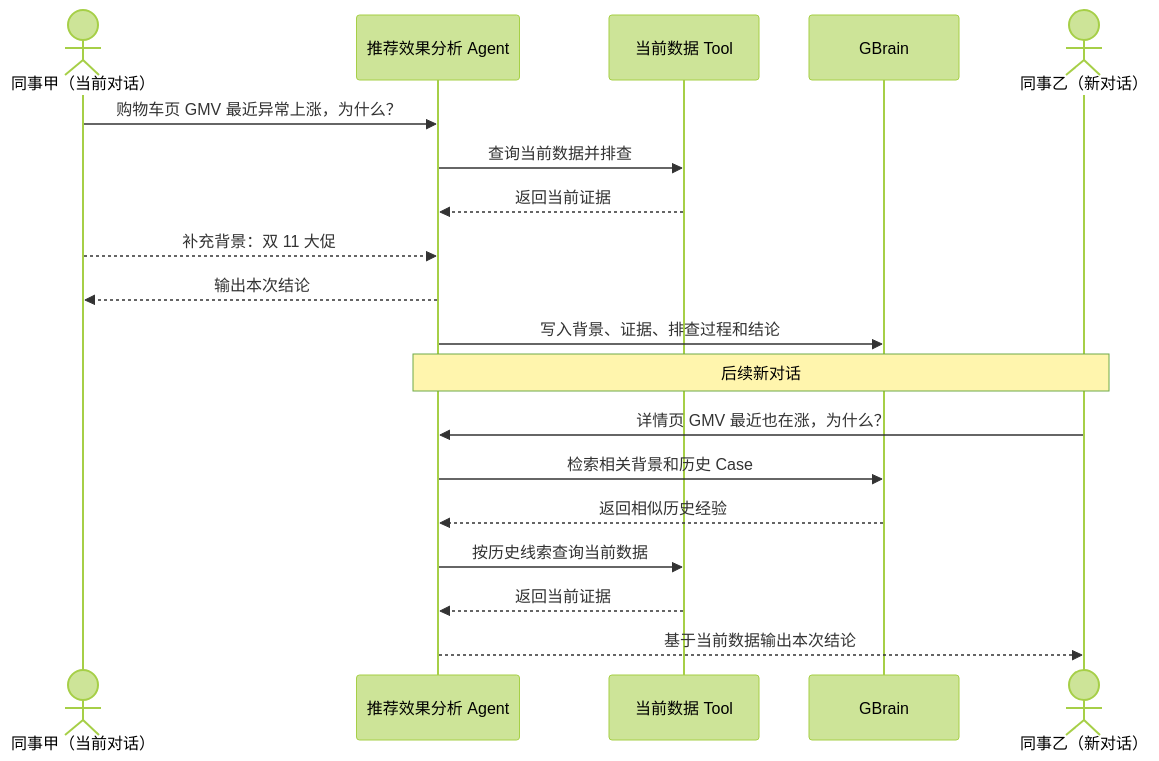
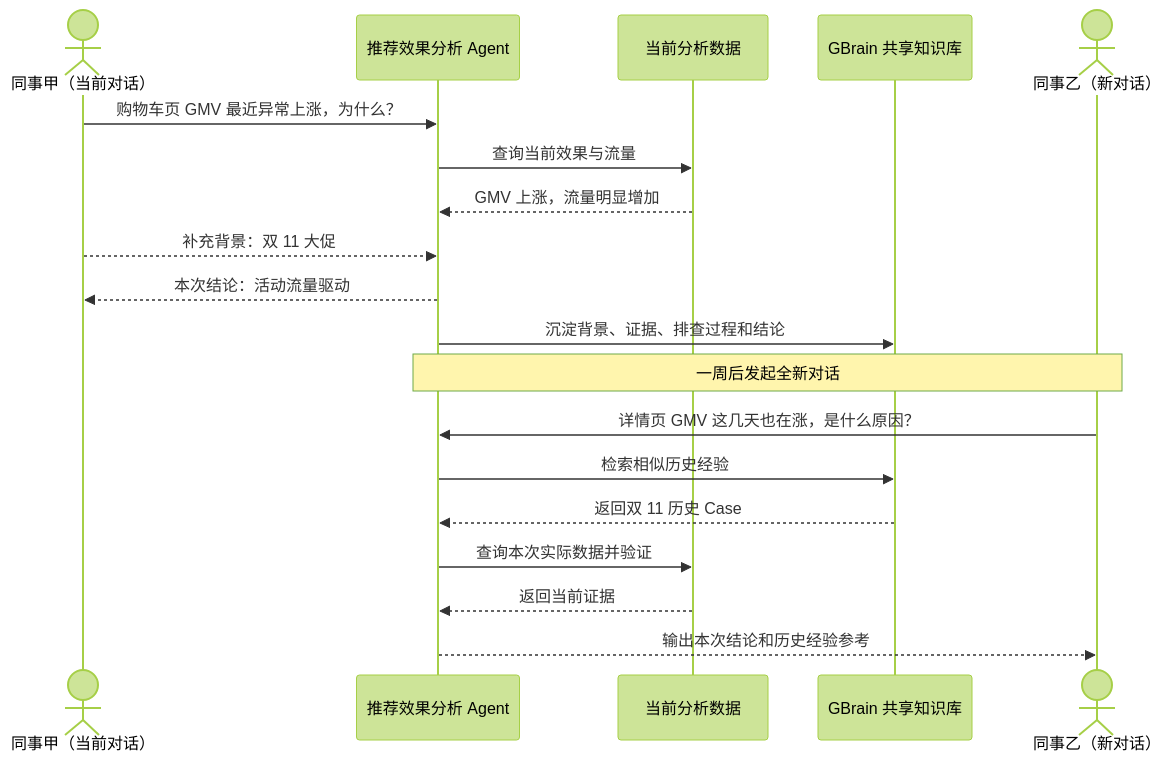
One commit to sgfd-ui/internship changed the first of 3 diagrams in weekly-report/gbrain-dify-shared-knowledge.md. Above: the diagram before and after it, drawn with Mermaid (forest theme). The commit also changed other lines of this file, not shown here.

````diff
--- a/weekly-report/gbrain-dify-shared-knowledge.md
+++ b/weekly-report/gbrain-dify-shared-knowledge.md
@@ -154,24 +16,24 @@
 ```mermaid
 sequenceDiagram
     actor A as 同事甲（当前对话）
     participant Agent as 推荐效果分析 Agent
-    participant Data as 当前数据 Tool
-    participant Brain as GBrain
+    participant Data as 当前分析数据
+    participant Brain as GBrain 共享知识库
     actor B as 同事乙（新对话）
 
     A->>Agent: 购物车页 GMV 最近异常上涨，为什么？
-    Agent->>Data: 查询当前数据并排查
+    Agent->>Data: 查询当前效果与流量
+    Data-->>Agent: GMV 上涨，流量明显增加
+    A-->>Agent: 补充背景：双 11 大促
+    Agent-->>A: 本次结论：活动流量驱动
+    Agent->>Brain: 沉淀背景、证据、排查过程和结论
+
+    Note over B,Agent: 一周后发起全新对话
+
+    B->>Agent: 详情页 GMV 这几天也在涨，是什么原因？
+    Agent->>Brain: 检索相似历史经验
+    Brain-->>Agent: 返回双 11 历史 Case
+    Agent->>Data: 查询本次实际数据并验证
     Data-->>Agent: 返回当前证据
-    A-->>Agent: 补充背景：双 11 大促
-    Agent-->>A: 输出本次结论
-    Agent->>Brain: 写入背景、证据、排查过程和结论
-
-    Note over B,Agent: 后续新对话
-
-    B->>Agent: 详情页 GMV 最近也在涨，为什么？
-    Agent->>Brain: 检索相关背景和历史 Case
-    Brain-->>Agent: 返回相似历史经验
-    Agent->>Data: 按历史线索查询当前数据
-    Data-->>Agent: 返回当前证据
-    Agent-->>B: 基于当前数据输出本次结论
+    Agent-->>B: 输出本次结论和历史经验参考
 ```
````
